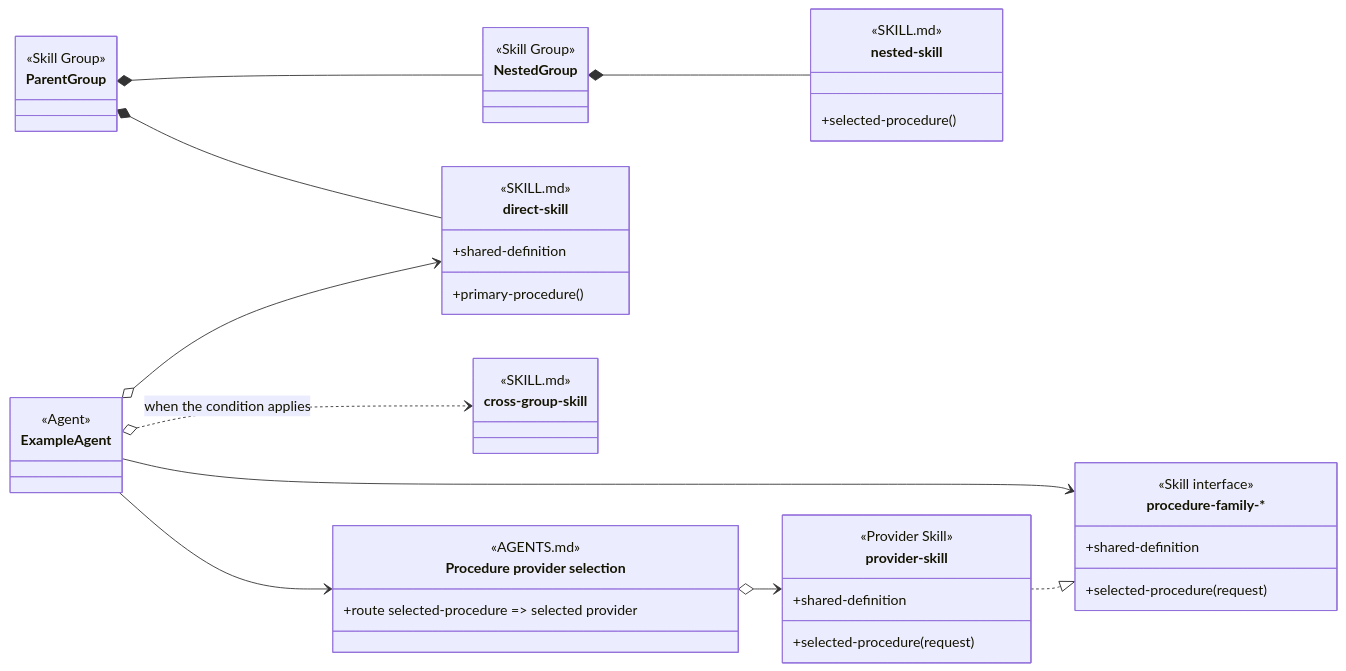
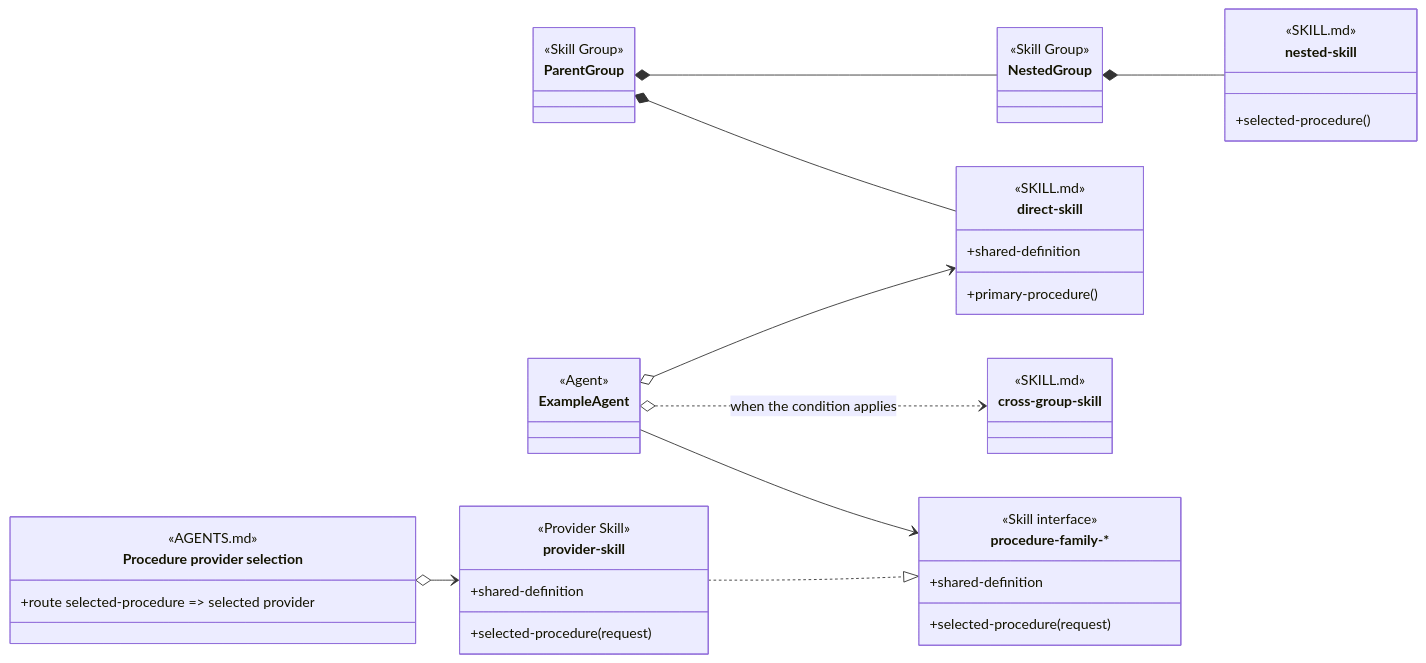
The diagram in design/object-oriented-skill-group-models.md (martinbechard/dev-methodology), drawn with Mermaid before and after one commit. The commit also changed other lines of this file and 8 other files, not shown here.

````diff
--- a/design/object-oriented-skill-group-models.md
+++ b/design/object-oriented-skill-group-models.md
@@ -45,62 +52,61 @@
 ```mermaid
 classDiagram
     direction LR
 
     class ExampleAgent {
         <<Agent>>
     }
 
     class ParentGroup {
         <<Skill Group>>
     }
 
     class NestedGroup {
         <<Skill Group>>
     }
 
     class direct-skill {
         <<SKILL.md>>
         <<Agent Skill>>
         +primary-procedure()
         +shared-definition
     }
 
     class nested-skill {
         <<SKILL.md>>
         +selected-procedure()
     }
 
     class cross-group-skill {
         <<SKILL.md>>
         <<Cross-group>>
     }
 
     class ProcedureInterface["procedure-family-*"] {
         <<Skill interface>>
         +shared-definition
         +selected-procedure(request)
     }
 
     class ProcedureFactory["Procedure provider selection"] {
         <<AGENTS.md>>
         <<routing>>
         +route selected-procedure => selected provider
     }
 
     class provider-skill {
         <<Provider Skill>>
         +shared-definition
         +selected-procedure(request)
     }
 
     ParentGroup *-- direct-skill
     ParentGroup *-- NestedGroup
     NestedGroup *-- nested-skill
 
     ExampleAgent o--> direct-skill
     ExampleAgent o..> cross-group-skill : when the condition applies
     ExampleAgent --> ProcedureInterface
-    ExampleAgent --> ProcedureFactory
     ProcedureFactory o--> provider-skill
     provider-skill ..|> ProcedureInterface
 ```
````
